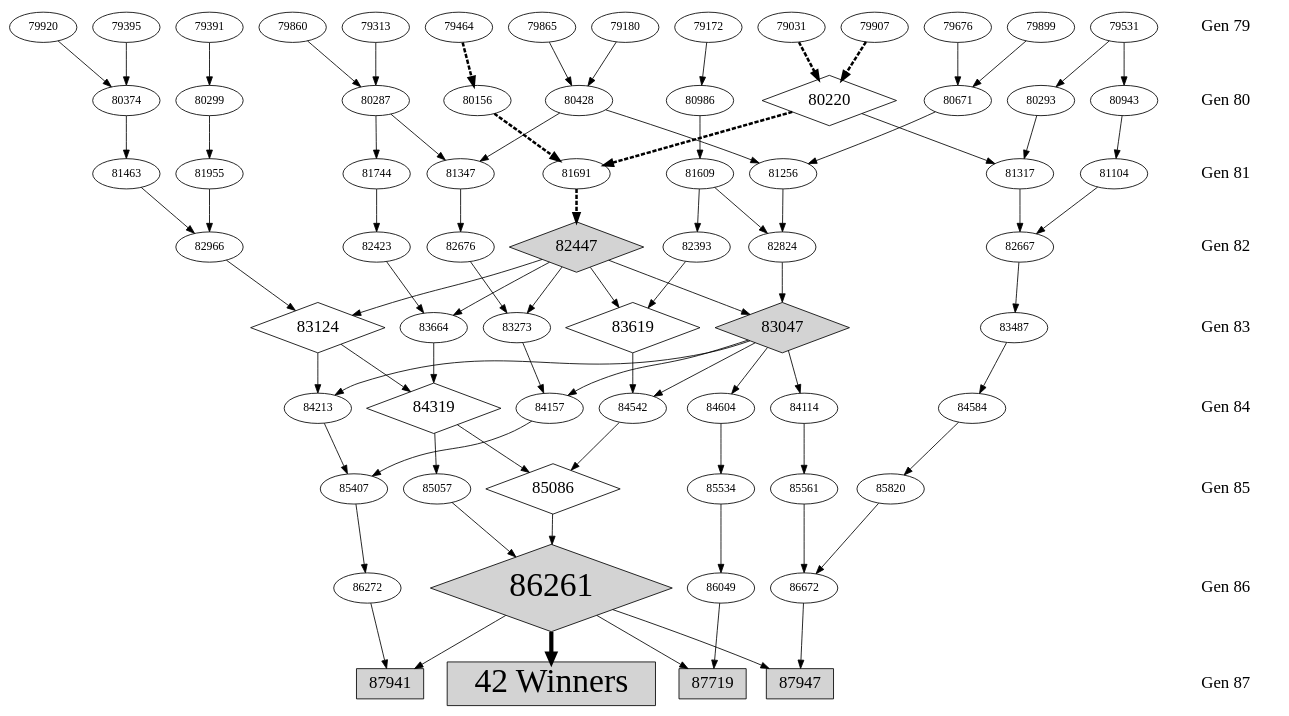
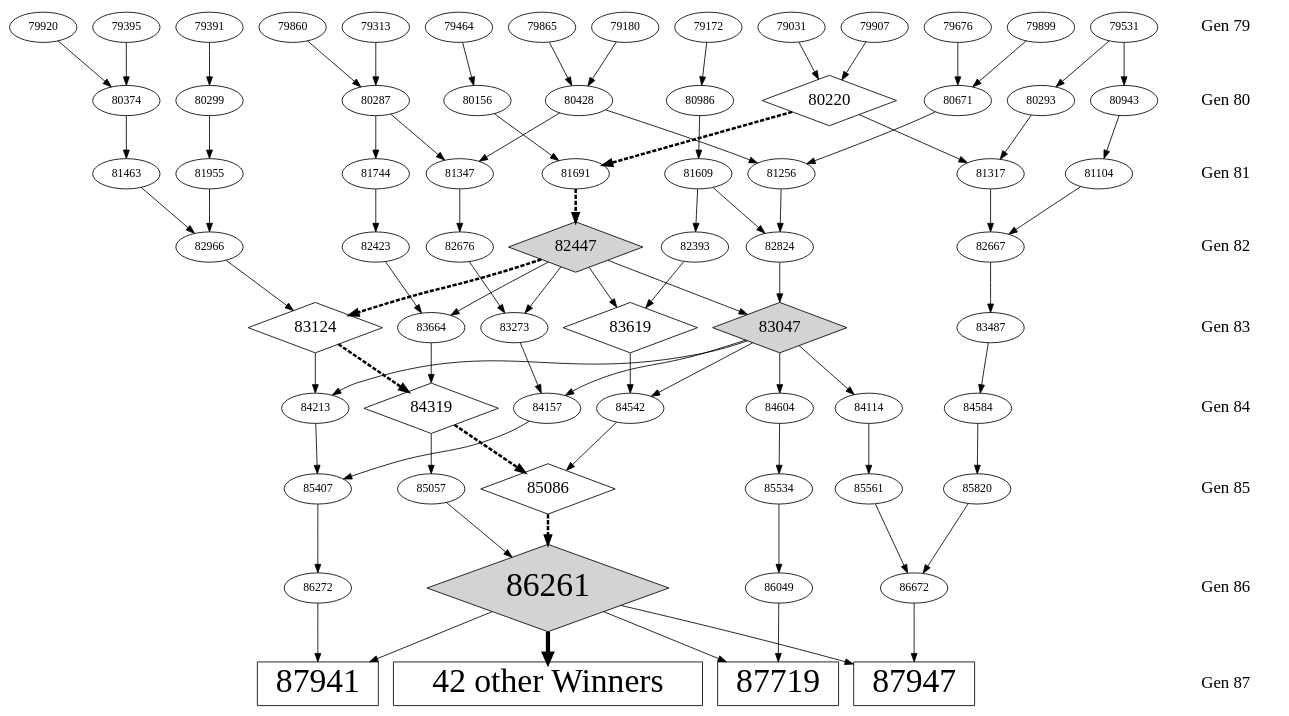
The diagram in data/Neo4J/replace-space-with-newline/lexicase/run6/ancestors_of_winners.dot (NicMcPhee/Graph-DB-and-GP-paper-GPTP-2015), drawn with Graphviz before and after one commit. The commit also changed 1 other file, not shown here.

Commit message:
Updated run 6 end figure.
I made the changes to the "winner" nodes that David suggested yesterday. I also removed the old dashes lines because I decided I wasn't going to talk about them, and instead added dashed lines that highlight the "diamond path" of individuals that had large numbers of offspring.

```diff
--- a/data/Neo4J/replace-space-with-newline/lexicase/run6/ancestors_of_winners.dot
+++ b/data/Neo4J/replace-space-with-newline/lexicase/run6/ancestors_of_winners.dot
@@ -1,108 +1,108 @@
 digraph G {
-	79031 -> 80220 [penwidth=3, style=dashed];
+	79031 -> 80220;
 	79172 -> 80986;
 	79180 -> 80428;
 	79313 -> 80287;
 	79391 -> 80299;
 	79395 -> 80374;
-	79464 -> 80156 [penwidth=3, style=dashed];
+	79464 -> 80156;
 	79531 -> 80943;
 	79531 -> 80293;
 	79676 -> 80671;
 	79860 -> 80287;
 	79865 -> 80428;
 	79899 -> 80671;
-	79907 -> 80220 [penwidth=3, style=dashed];
+	79907 -> 80220;
 	79920 -> 80374;
-	80156 -> 81691 [penwidth=3, style=dashed];
+	80156 -> 81691;
 	80220 -> 81691 [penwidth=3, style=dashed];
 	80220 [shape=diamond, fontsize=20]
 	80220 -> 81317;
 	80287 -> 81347;
 	80287 -> 81744;
 	80293 -> 81317;
 	80299 -> 81955;
 	80374 -> 81463;
 	80428 -> 81347;
 	80428 -> 81256;
 	80671 -> 81256;
 	80943 -> 81104;
 	80986 -> 81609;
 	81104 -> 82667;
 	81256 -> 82824;
 	81317 -> 82667;
 	81347 -> 82676;
 	81463 -> 82966;
 	81609 -> 82824;
 	81609 -> 82393;
 	82447 [shape=diamond, style=filled, fillcolor="lightgrey", fontsize=20]
 	81691 -> 82447 [penwidth=3, style=dashed];
 	81744 -> 82423;
 	81955 -> 82966;
 	82393 -> 83619;
 	82423 -> 83664;
 	82447 -> 83664;
 	82447 -> 83619;
 	82447 -> 83273;
-	82447 -> 83124;
+	82447 -> 83124 [penwidth=3, style=dashed];
 	82447 -> 83047;
 	82667 -> 83487;
 	82676 -> 83273;
 	82824 -> 83047;
 	82966 -> 83124;
 	83047 [shape=diamond, style=filled, fillcolor="lightgrey", fontsize=20]
 	83047 -> 84604;
 	83047 -> 84542;
 	83047 -> 84114;
 	83047 -> 84157;
 	83047 -> 84213;
-	83124 -> 84319;
+	83124 -> 84319 [penwidth=3, style=dashed];
 	83124 [shape=diamond, fontsize=20]
 	83124 -> 84213;
 	83273 -> 84157;
 	83487 -> 84584;
 	83619 [shape=diamond, fontsize=20]
 	83619 -> 84542;
 	83664 -> 84319;
 	84114 -> 85561;
 	84157 -> 85407;
 	84213 -> 85407;
 	84319 -> 85057;
 	84319 [shape=diamond, fontsize=20]
-	84319 -> 85086;
+	84319 -> 85086 [penwidth=3, style=dashed];
 	84542 -> 85086;
 	84584 -> 85820;
 	84604 -> 85534;
 	85057 -> 86261;
 	85086 [shape=diamond, fontsize=20]
-	85086 -> 86261;
+	85086 -> 86261 [penwidth=3, style=dashed];
 	85407 -> 86272;
 	85534 -> 86049;
 	85561 -> 86672;
 	85820 -> 86672;
-	87719 [shape=rectangle, style=filled, fillcolor="lightgrey", fontsize=20]
-	87941 [shape=rectangle, style=filled, fillcolor="lightgrey", fontsize=20]
-	87947 [shape=rectangle, style=filled, fillcolor="lightgrey", fontsize=20]
+	87719 [shape=rectangle, fontsize=40]
+	87941 [shape=rectangle, fontsize=40]
+	87947 [shape=rectangle, fontsize=40]
 	86049 -> 87719;
 	86272 -> 87941;
 	86672 -> 87947;
 
-	"42 Winners" [shape=rectangle, style=filled, fillcolor="lightgrey", fontsize=40]
+	"42 other Winners" [shape=rectangle, fontsize=40]
 	86261 [shape=diamond, style=filled, fillcolor="lightgrey", fontsize=40]
-	86261 -> "42 Winners" [penwidth=5];
+	86261 -> "42 other Winners" [penwidth=5];
 	86261 -> 87719;
 	86261 -> 87941;
 	86261 -> 87947;
 
 	node [penwidth=0, fontsize=20]
 	"Gen 79" -> "Gen 80" -> "Gen 81" -> "Gen 82" -> "Gen 83" -> "Gen 84" -> "Gen 85" -> "Gen 86" -> "Gen 87" [style=invis];
 	{ rank=same; "Gen 79", 79031 }
 	{ rank=same; "Gen 80", 80428 }
 	{ rank=same; "Gen 81", 81256 }
 	{ rank=same; "Gen 82", 82824 }
 	{ rank=same; "Gen 83", 83047 }
 	{ rank=same; "Gen 84", 84157 }
 	{ rank=same; "Gen 85", 85407 }
 	{ rank=same; "Gen 86", 86049 }
 	{ rank=same; "Gen 87", 87947 }
 }
```
